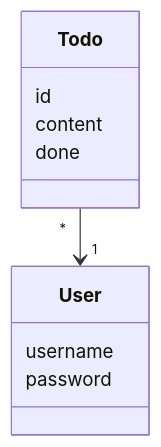
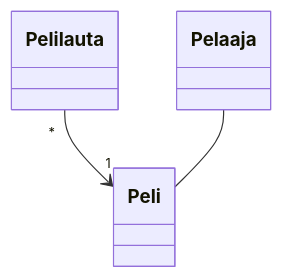
Before and after one commit to ellenra/jumping_game: the diagram in laskarit/viikko3/monopoli_luokkakaavio.md, drawn with Mermaid.

````diff
--- a/laskarit/viikko3/monopoli_luokkakaavio.md
+++ b/laskarit/viikko3/monopoli_luokkakaavio.md
@@ -1,13 +1,5 @@
 ```mermaid
  classDiagram
-      Todo "*" --> "1" User
-      class User{
-          username
-          password
-      }
-      class Todo{
-          id
-          content
-          done
-      }
+      Pelilauta "*" --> "1" Peli
+      Pelaaja -- Peli
 ```
````
